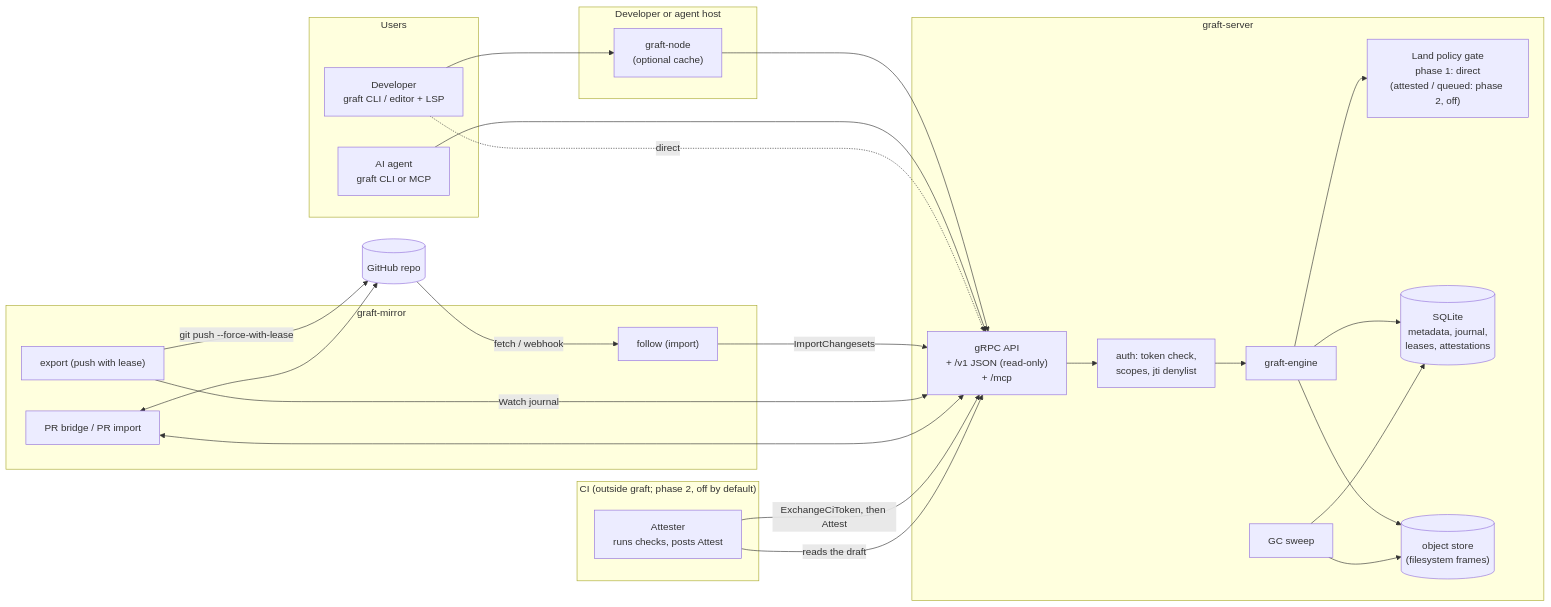
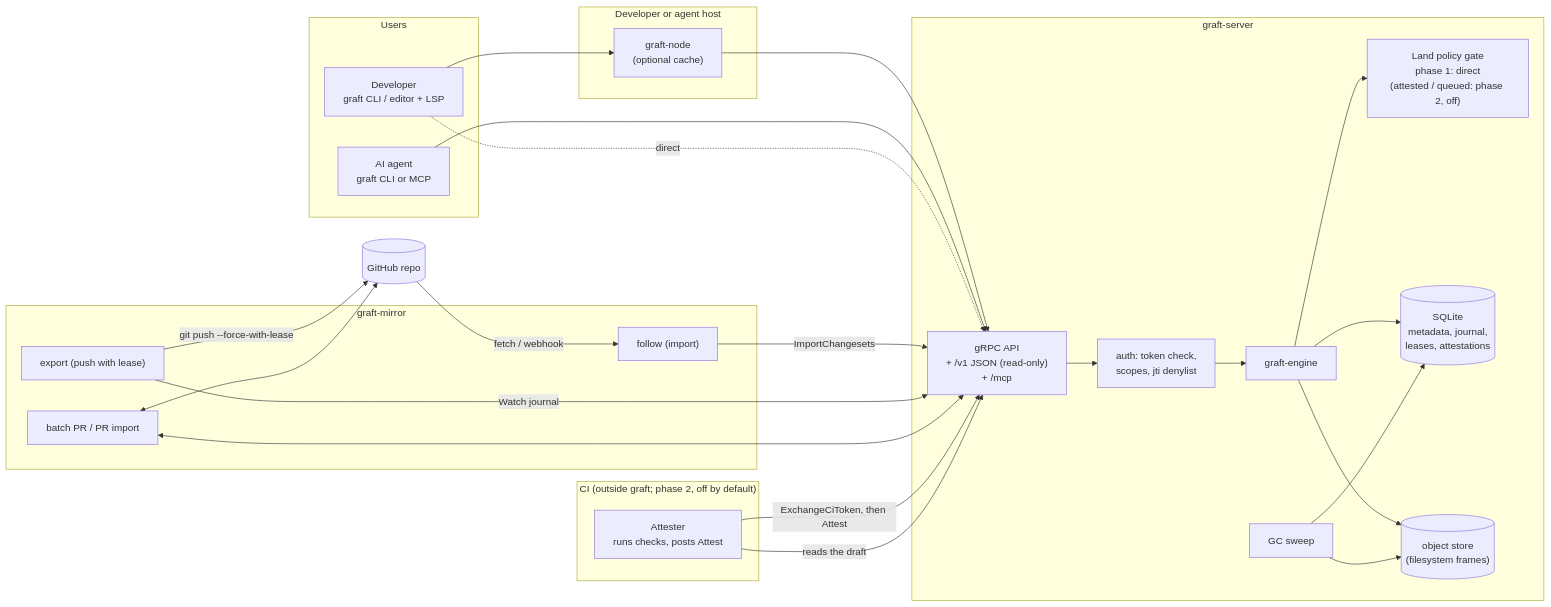
Before and after one commit to TheDancingDeveloper-org/graft: the second of 9 diagrams in docs/architecture.md, drawn with Mermaid. The commit also changed other lines of this file and 19 other files, not shown here.

````diff
--- a/docs/architecture.md
+++ b/docs/architecture.md
@@ -102,49 +102,49 @@
 ```mermaid
 flowchart LR
   subgraph Users["Users"]
     human["Developer<br/>graft CLI / editor + LSP"]
     agent["AI agent<br/>graft CLI or MCP"]
   end
 
   subgraph Host["Developer or agent host"]
     nodec["graft-node<br/>(optional cache)"]
   end
 
   subgraph Server["graft-server"]
     api["gRPC API<br/>+ /v1 JSON (read-only)<br/>+ /mcp"]
     authz["auth: token check,<br/>scopes, jti denylist"]
     eng["graft-engine"]
     pol["Land policy gate<br/>phase 1: direct<br/>(attested / queued: phase 2, off)"]
     gcs["GC sweep"]
     meta[("SQLite<br/>metadata, journal,<br/>leases, attestations")]
     objs[("object store<br/>(filesystem frames)")]
     api --> authz --> eng
     eng --> pol
     eng --> meta & objs
     gcs --> meta & objs
   end
 
   subgraph Mirror["graft-mirror"]
     follow["follow (import)"]
     export["export (push with lease)"]
-    bridge["PR bridge / PR import"]
+    bridge["batch PR / PR import"]
   end
 
   subgraph CI["CI (outside graft; phase 2, off by default)"]
     attester["Attester<br/>runs checks, posts Attest"]
   end
 
   gh[("GitHub repo")]
 
   human --> nodec --> api
   agent --> api
   human -. direct .-> api
   follow -- "ImportChangesets" --> api
   export -- "Watch journal" --> api
   gh -- "fetch / webhook" --> follow
   export -- "git push --force-with-lease" --> gh
   bridge <--> gh
   bridge <--> api
   attester -- "ExchangeCiToken, then Attest" --> api
   attester -- "reads the draft" --> api
 ```
````
